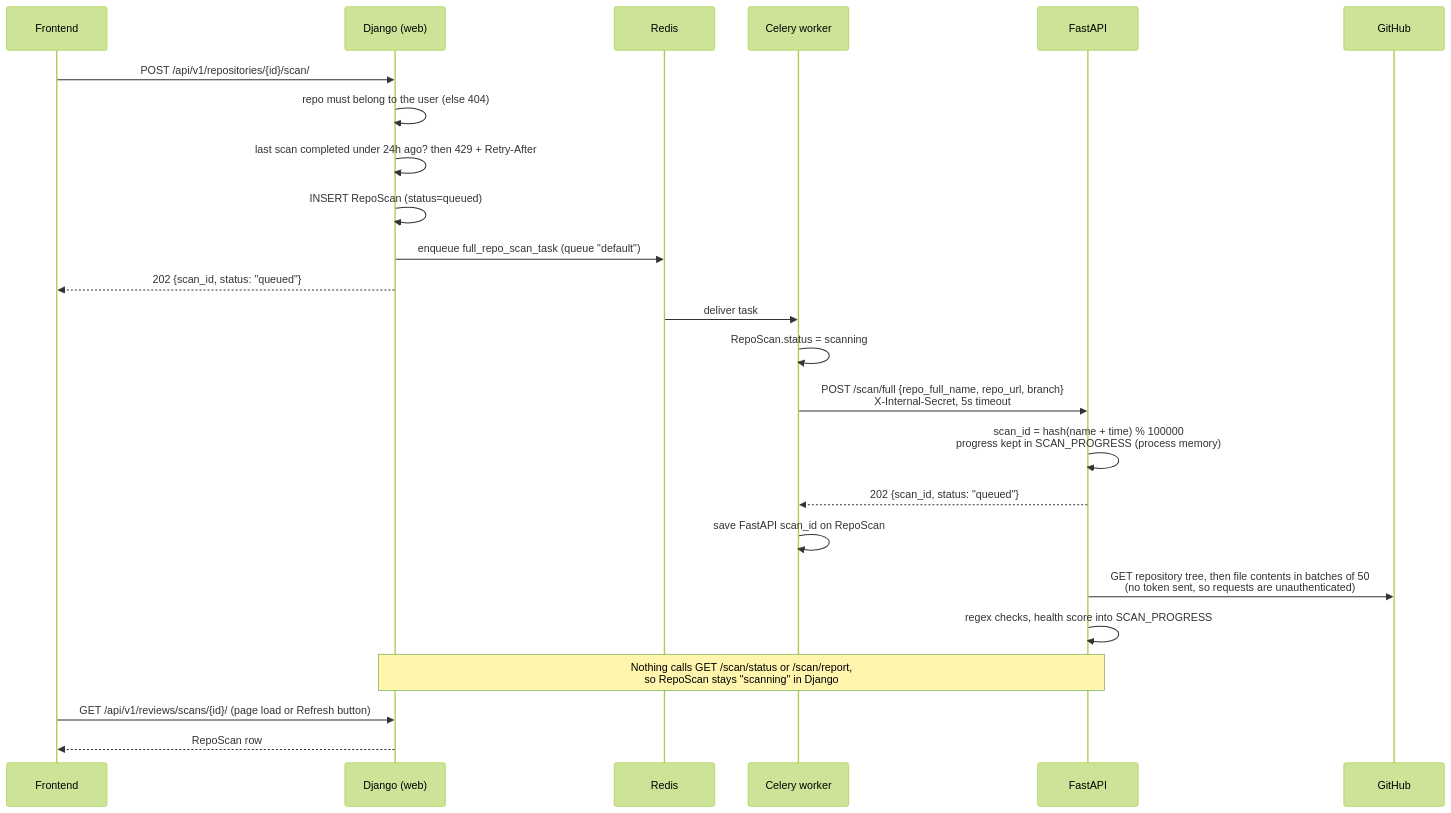
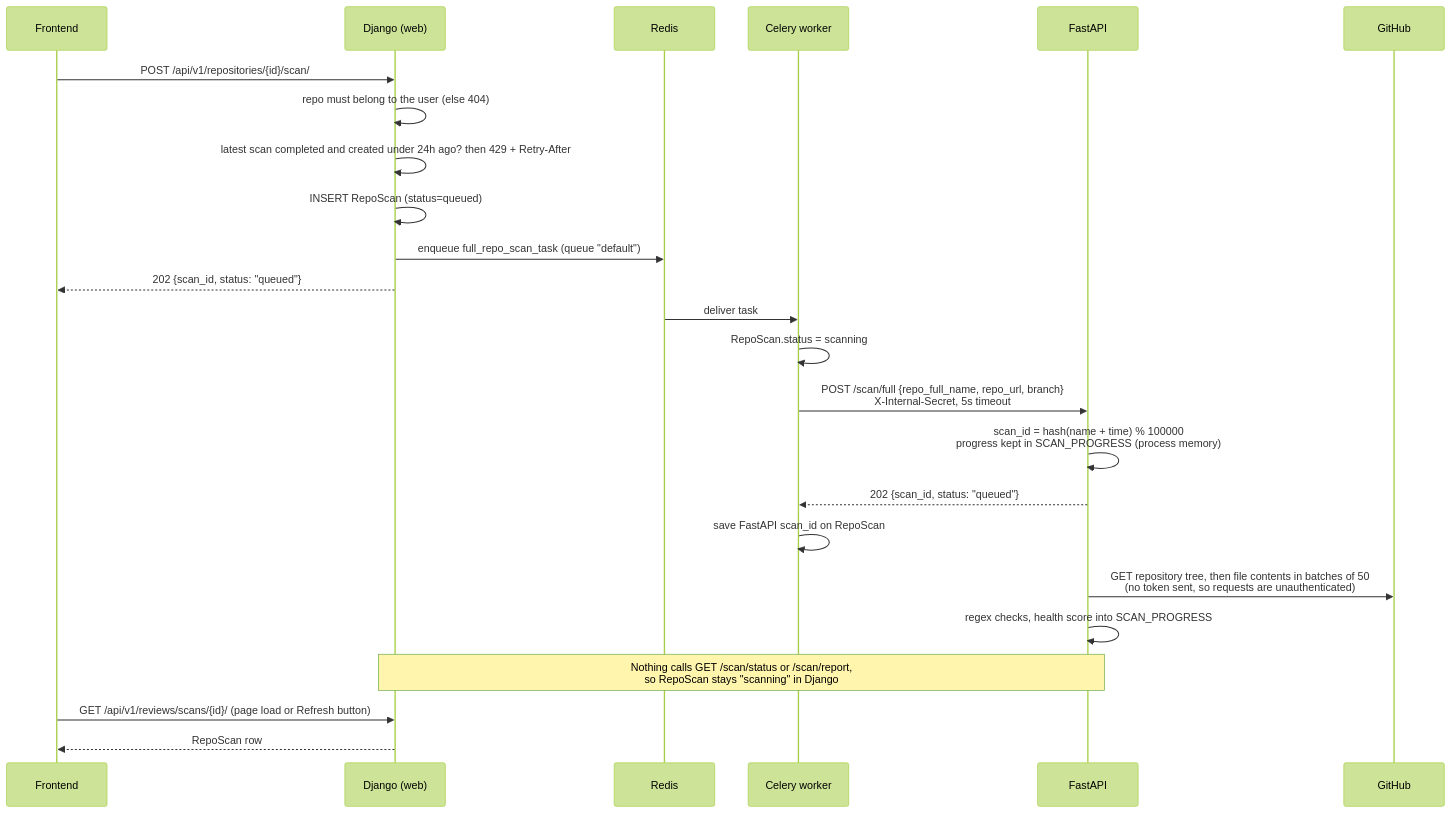
Before and after one commit to muhammedsiinanmp/Devmind: the third of 10 diagrams in docs/SYSTEM_ARCHITECTURE.md, drawn with Mermaid (forest theme). The commit also changed other lines of this file and 1 other file, not shown here.

Commit message:
Apply verifier doc fixes: makemigrations env, scan rate-limit wording, /docs note, ER field scope

````diff
--- a/docs/SYSTEM_ARCHITECTURE.md
+++ b/docs/SYSTEM_ARCHITECTURE.md
@@ -196,31 +196,31 @@
 ```mermaid
 sequenceDiagram
     participant FE as Frontend
     participant DJ as Django (web)
     participant RD as Redis
     participant CW as Celery worker
     participant FA as FastAPI
     participant GH as GitHub
 
     FE->>DJ: POST /api/v1/repositories/{id}/scan/
     DJ->>DJ: repo must belong to the user (else 404)
-    DJ->>DJ: last scan completed under 24h ago? then 429 + Retry-After
+    DJ->>DJ: latest scan completed and created under 24h ago? then 429 + Retry-After
     DJ->>DJ: INSERT RepoScan (status=queued)
     DJ->>RD: enqueue full_repo_scan_task (queue "default")
     DJ-->>FE: 202 {scan_id, status: "queued"}
 
     RD->>CW: deliver task
     CW->>CW: RepoScan.status = scanning
     CW->>FA: POST /scan/full {repo_full_name, repo_url, branch}<br/>X-Internal-Secret, 5s timeout
     FA->>FA: scan_id = hash(name + time) % 100000<br/>progress kept in SCAN_PROGRESS (process memory)
     FA-->>CW: 202 {scan_id, status: "queued"}
     CW->>CW: save FastAPI scan_id on RepoScan
 
     FA->>GH: GET repository tree, then file contents in batches of 50<br/>(no token sent, so requests are unauthenticated)
     FA->>FA: regex checks, health score into SCAN_PROGRESS
 
     Note over DJ,FA: Nothing calls GET /scan/status or /scan/report,<br/>so RepoScan stays "scanning" in Django
 
     FE->>DJ: GET /api/v1/reviews/scans/{id}/ (page load or Refresh button)
     DJ-->>FE: RepoScan row
 ```
````
